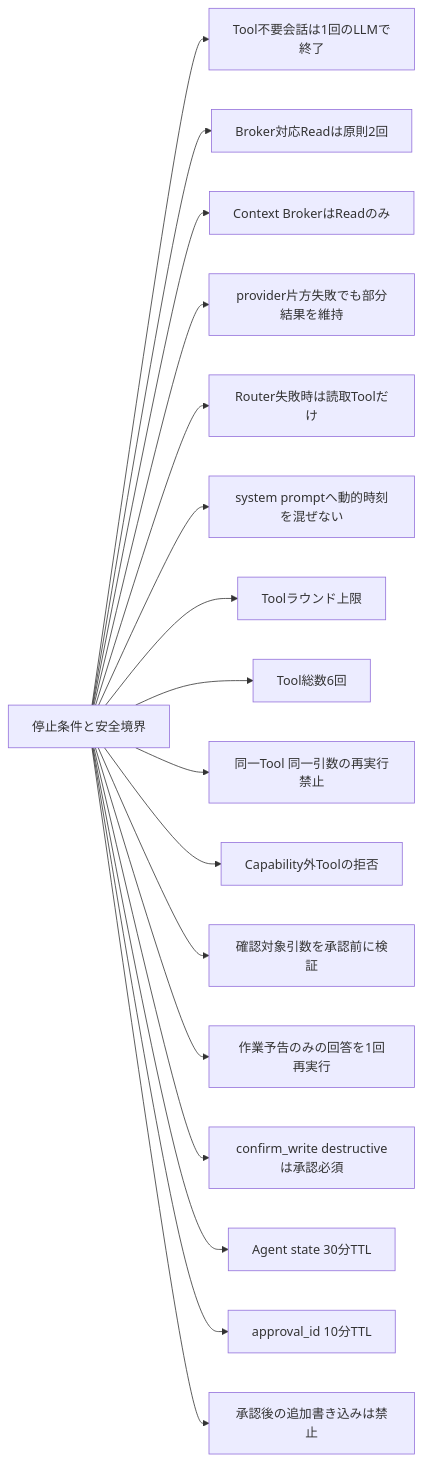
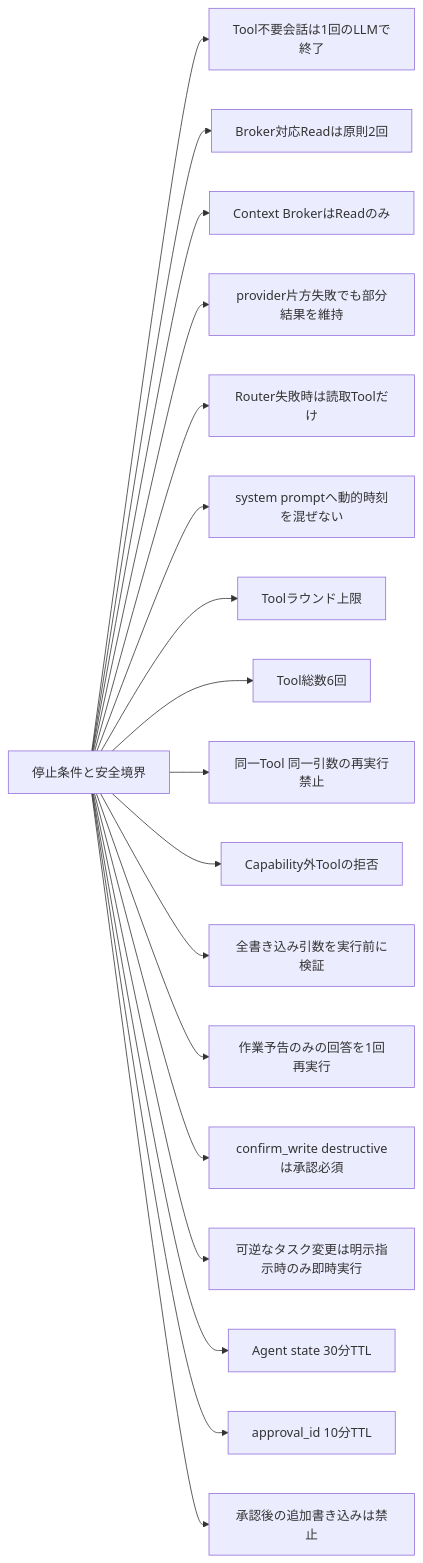
One commit to Soso2e/PETIT changed diagram 14 of 18 in docs/runtime-flows.md. Above: the diagram before and after it, drawn with Mermaid. The commit also changed other lines of this file and 19 other files, not shown here.

````diff
--- a/docs/runtime-flows.md
+++ b/docs/runtime-flows.md
@@ -512,37 +519,39 @@
 ```mermaid
 flowchart LR
     limits[停止条件と安全境界]
     onePass[Tool不要会話は1回のLLMで終了]
     twoPass[Broker対応Readは原則2回]
     brokerRead[Context BrokerはReadのみ]
     partial[provider片方失敗でも部分結果を維持]
     safeFallback[Router失敗時は読取Toolだけ]
     staticPrefix[system promptへ動的時刻を混ぜない]
     round[Toolラウンド上限]
     calls[Tool総数6回]
     duplicate[同一Tool 同一引数の再実行禁止]
     allowed[Capability外Toolの拒否]
-    args[確認対象引数を承認前に検証]
+    args[全書き込み引数を実行前に検証]
     defer[作業予告のみの回答を1回再実行]
     confirm[confirm_write destructiveは承認必須]
+    explicit[可逆なタスク変更は明示指示時のみ即時実行]
     resume[Agent state 30分TTL]
     approval[approval_id 10分TTL]
     writeOnce[承認後の追加書き込みは禁止]
 
     limits --> onePass
     limits --> twoPass
     limits --> brokerRead
     limits --> partial
     limits --> safeFallback
     limits --> staticPrefix
     limits --> round
     limits --> calls
     limits --> duplicate
     limits --> allowed
     limits --> args
     limits --> defer
     limits --> confirm
+    limits --> explicit
     limits --> resume
     limits --> approval
     limits --> writeOnce
 ```
````
